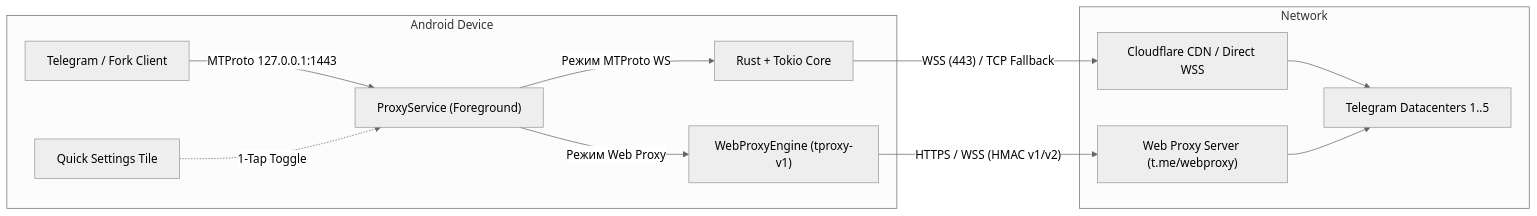
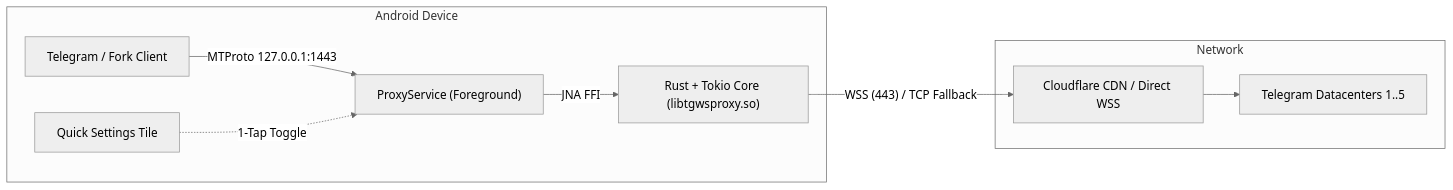
One commit to wqeww0001/TgwsProxyAndroid changed the diagram in README.md. Above: the diagram before and after it, drawn with Mermaid (neutral theme). The commit also changed other lines of this file and 37 other files, not shown here.

Commit message:
Release v2.5.3: Pure Rust MTProto WS core, security audit fixes, live stats website & fast CI

````diff
--- a/README.md
+++ b/README.md
@@ -60,16 +57,13 @@
 ```mermaid
 graph LR
     subgraph Android Device
         TG["Telegram / Fork Client"] -->|"MTProto 127.0.0.1:1443"| SERVICE["ProxyService (Foreground)"]
         TILE["Quick Settings Tile"] -.->|"1-Tap Toggle"| SERVICE
-        SERVICE -->|"Режим MTProto WS"| RUST["Rust + Tokio Core"]
-        SERVICE -->|"Режим Web Proxy"| TPROXY["WebProxyEngine (tproxy-v1)"]
+        SERVICE -->|"JNA FFI"| RUST["Rust + Tokio Core (libtgwsproxy.so)"]
     end
 
     subgraph Network
         RUST -->|"WSS (443) / TCP Fallback"| CF["Cloudflare CDN / Direct WSS"]
-        TPROXY -->|"HTTPS / WSS (HMAC v1/v2)"| WP["Web Proxy Server (t.me/webproxy)"]
         CF --> DC["Telegram Datacenters 1..5"]
-        WP --> DC
     end
 ```
````
